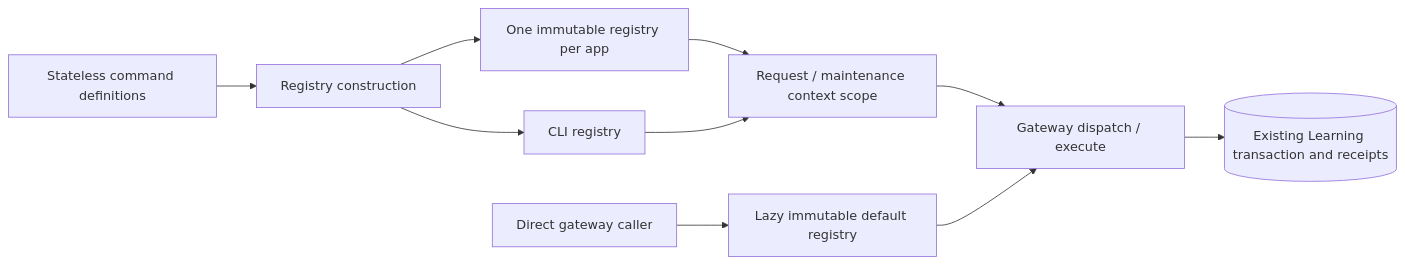
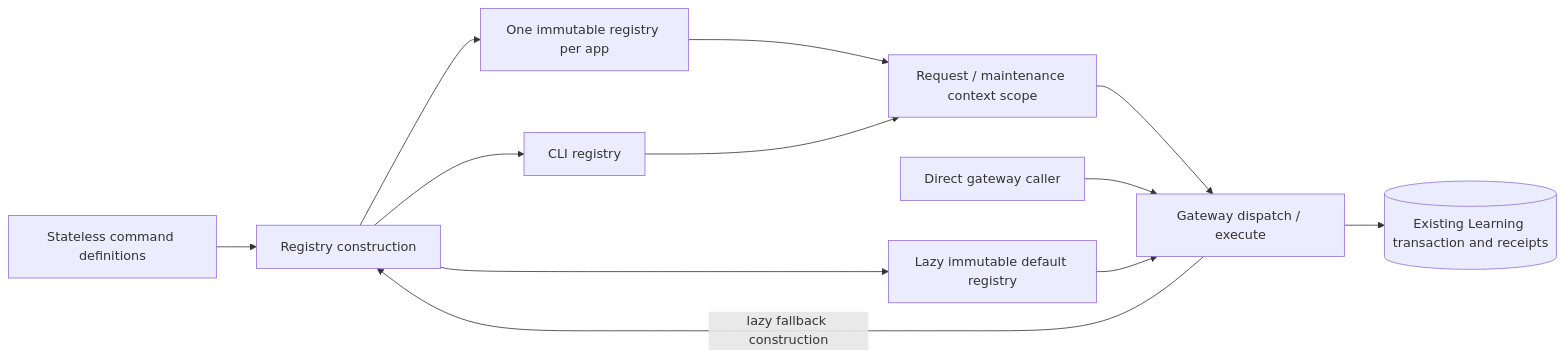
One commit to aaweaver-actuary/tempo changed the first of 4 diagrams in services/learning/runtime/README.md. Above: the diagram before and after it, drawn with Mermaid. The commit also changed other lines of this file and 7 other files, not shown here.

````diff
--- a/services/learning/runtime/README.md
+++ b/services/learning/runtime/README.md
@@ -23,11 +24,14 @@
 ```mermaid
 flowchart LR
   Definitions["Stateless command definitions"] --> Factory["Registry construction"]
   Factory --> App["One immutable registry per app"]
   Factory --> CLI["CLI registry"]
+  Factory --> Default["Lazy immutable default registry"]
   App --> Scope["Request / maintenance context scope"]
   CLI --> Scope
   Scope --> Gateway["Gateway dispatch / execute"]
   Gateway --> DB[("Existing Learning transaction and receipts")]
-  Direct["Direct gateway caller"] --> Default["Lazy immutable default registry"] --> Gateway
+  Direct["Direct gateway caller"] --> Gateway
+  Gateway -->|"lazy fallback construction"| Factory
+  Default --> Gateway
 ```
````
